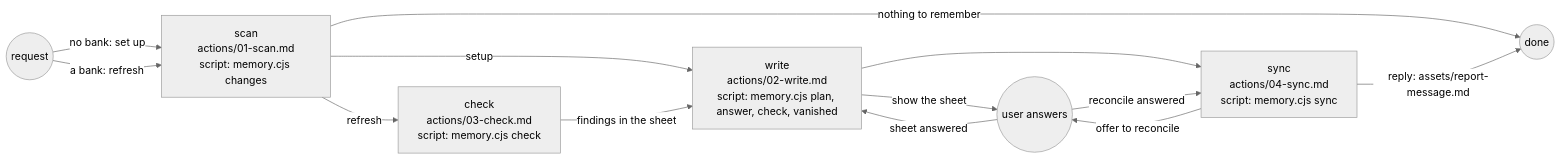
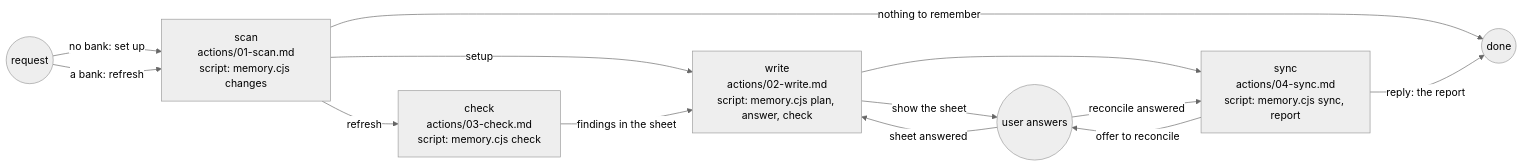
The diagram in plugins/aidd-context/skills/02-project-memory/SKILL.md (ai-driven-dev/framework), drawn with Mermaid (neutral theme) before and after one commit. The commit also changed 10 other files, not shown here.

First line of the commit message:
feat(aidd-context): print the memory report in the engine, lost lines first

````diff
--- a/plugins/aidd-context/skills/02-project-memory/SKILL.md
+++ b/plugins/aidd-context/skills/02-project-memory/SKILL.md
@@ -11,15 +11,15 @@
 ```mermaid
 flowchart LR
   request((request)) -->|"no bank: set up"| scan["scan<br>actions/01-scan.md<br>script: memory.cjs changes"]
   request -->|"a bank: refresh"| scan
-  scan -->|"setup"| write["write<br>actions/02-write.md<br>script: memory.cjs plan, answer, check, vanished"]
+  scan -->|"setup"| write["write<br>actions/02-write.md<br>script: memory.cjs plan, answer, check"]
   scan -->|"refresh"| check["check<br>actions/03-check.md<br>script: memory.cjs check"]
   scan -->|"nothing to remember"| done((done))
   check -->|"findings in the sheet"| write
   write -->|"show the sheet"| user((user answers))
   user -->|"sheet answered"| write
   write --> sync
-  sync["sync<br>actions/04-sync.md<br>script: memory.cjs sync"] -->|"offer to reconcile"| user
+  sync["sync<br>actions/04-sync.md<br>script: memory.cjs sync, report"] -->|"offer to reconcile"| user
   user -->|"reconcile answered"| sync
-  sync -->|"reply: assets/report-message.md"| done
+  sync -->|"reply: the report"| done
 ```
````
